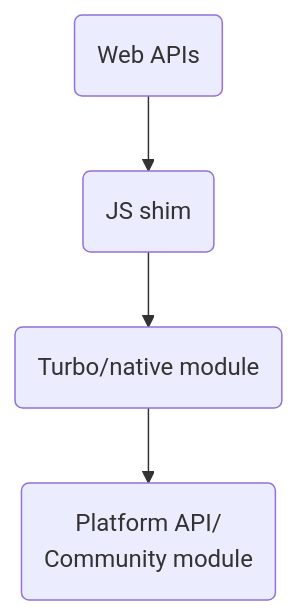
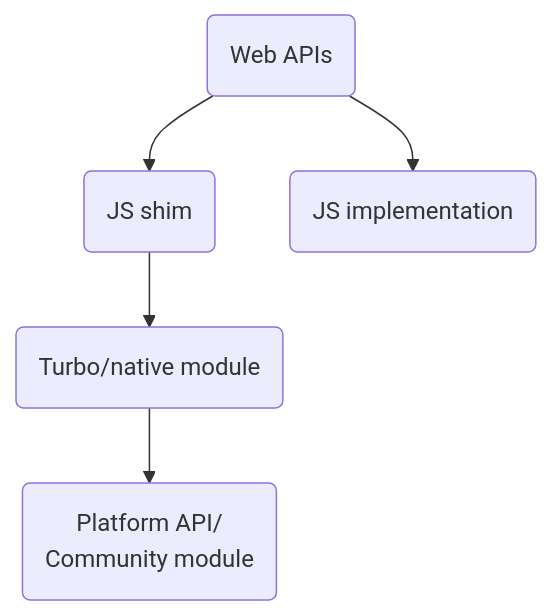
Before and after one commit to microsoft/rnx-kit: the diagram in text/0002-react-native-webapis.md, drawn with Mermaid. The commit also changed other lines of this file, not shown here.

````diff
--- a/text/0002-react-native-webapis.md
+++ b/text/0002-react-native-webapis.md
@@ -61,6 +57,7 @@
 ```mermaid
 graph TD;
   id(Web APIs)-->id1(JS shim);
   id1(JS shim)-->id2(Turbo/native module);
   id2(Turbo/native module)-->id3(Platform API/\nCommunity module);
+  id(Web APIs)-->id10(JS implementation);
 ```
````
